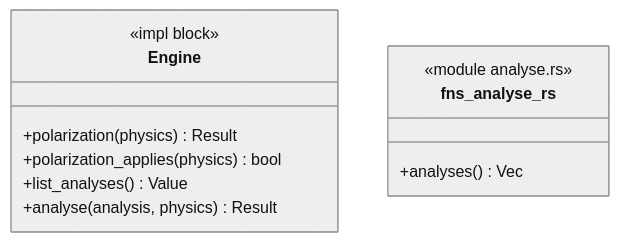
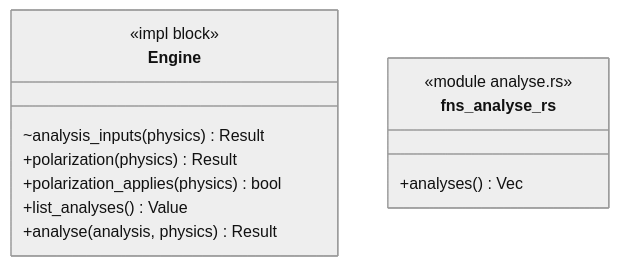
One commit to p-j-r/nyx changed the diagram in docs/architecture/c4/4-code/engine/analyse.md. Above: the diagram before and after it, drawn with Mermaid (neutral theme). The commit also changed other lines of this file and 44 other files, not shown here.

````diff
--- a/docs/architecture/c4/4-code/engine/analyse.md
+++ b/docs/architecture/c4/4-code/engine/analyse.md
@@ -33,14 +33,15 @@
 ```mermaid
 classDiagram
   class Engine {
       <<impl block>>
+      ~analysis_inputs(physics) Result
       +polarization(physics) Result
       +polarization_applies(physics) bool
       +list_analyses() Value
       +analyse(analysis, physics) Result
   }
   class fns_analyse_rs {
       <<module analyse.rs>>
       +analyses() Vec
   }
 ```
````
